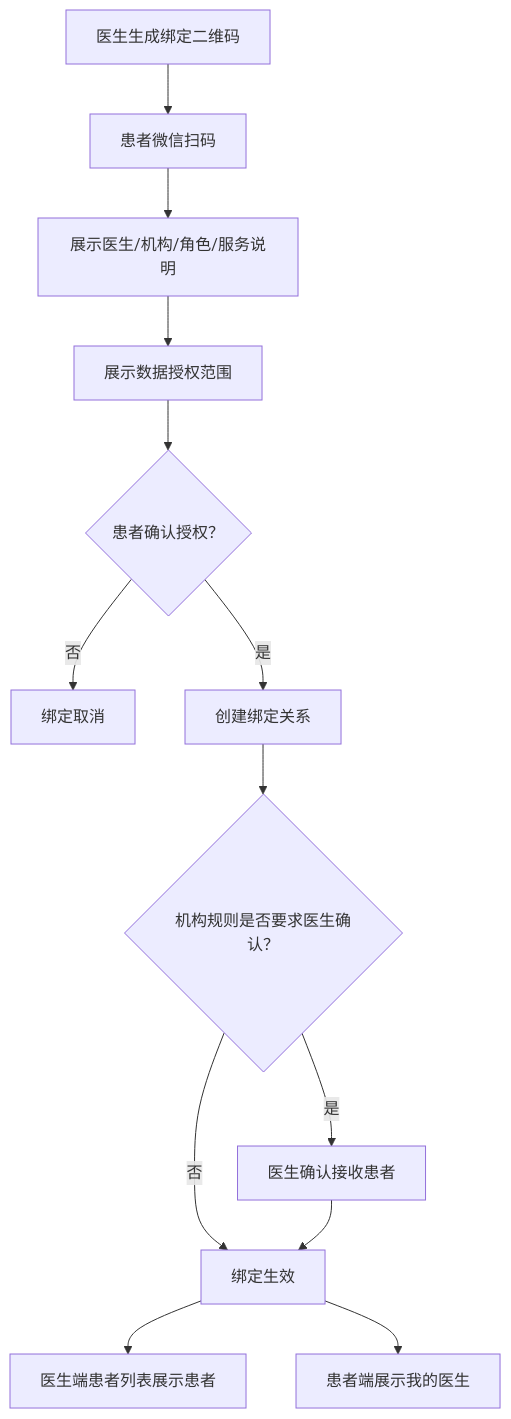
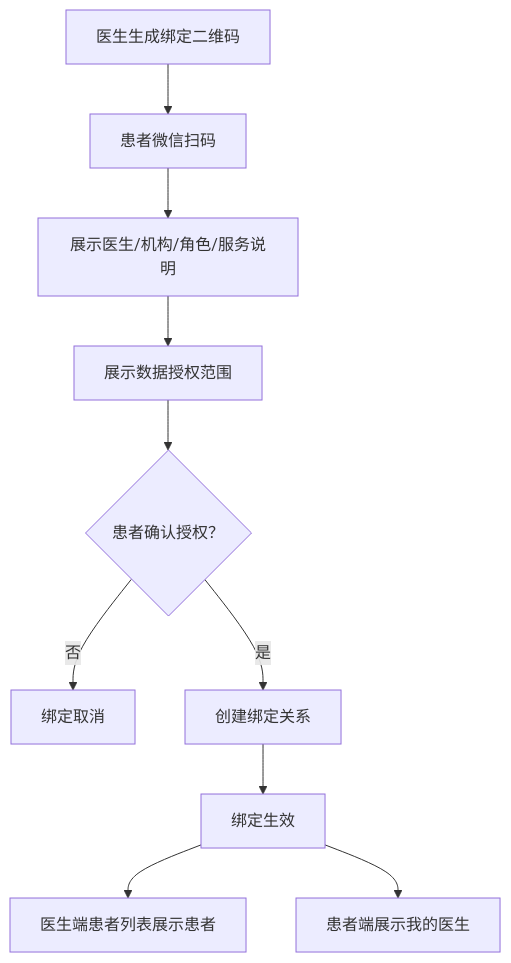
One commit to supersuperman666/twin changed the second of 3 diagrams in docs/医生PC端PRD.md. Above: the diagram before and after it, drawn with Mermaid. The commit also changed other lines of this file and 2 other files, not shown here.

````diff
--- a/docs/医生PC端PRD.md
+++ b/docs/医生PC端PRD.md
@@ -89,15 +88,12 @@
 ```mermaid
 flowchart TD
   A["医生生成绑定二维码"] --> B["患者微信扫码"]
   B --> C["展示医生/机构/角色/服务说明"]
   C --> D["展示数据授权范围"]
   D --> E{"患者确认授权？"}
   E -->|否| F["绑定取消"]
   E -->|是| G["创建绑定关系"]
-  G --> H{"机构规则是否要求医生确认？"}
-  H -->|是| I["医生确认接收患者"]
-  H -->|否| J["绑定生效"]
-  I --> J
-  J --> K["医生端患者列表展示患者"]
-  J --> L["患者端展示我的医生"]
+  G --> H["绑定生效"]
+  H --> I["医生端患者列表展示患者"]
+  H --> J["患者端展示我的医生"]
 ```
````
